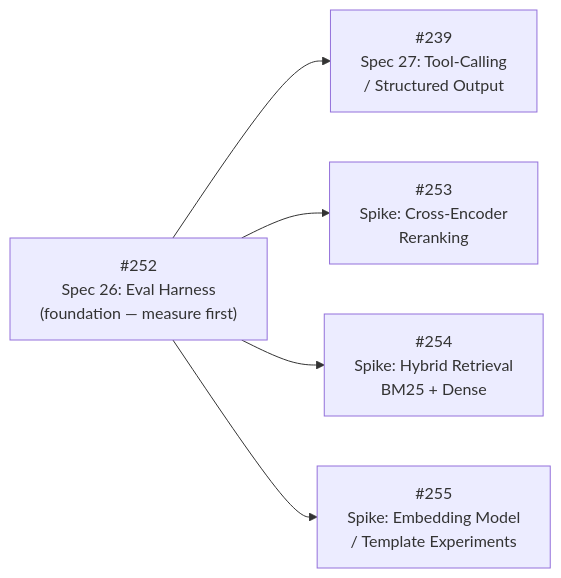
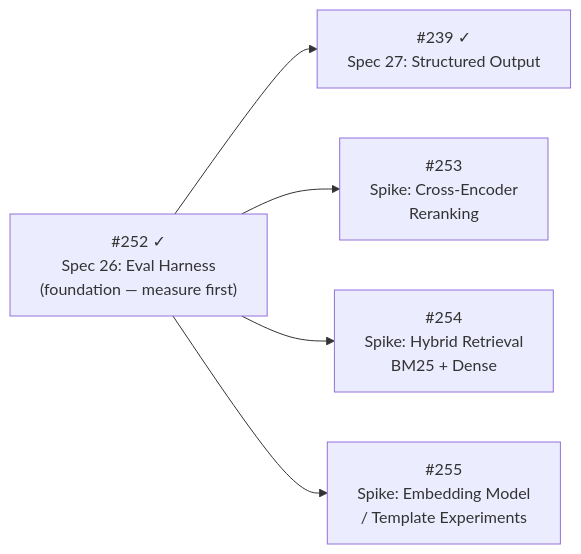
One commit to PCritchfield/ai-movie-suggester changed the fifth of 5 diagrams in ARCHITECTURE.md. Above: the diagram before and after it, drawn with Mermaid. The commit also changed other lines of this file and 1 other file, not shown here.

Commit message:
docs(architecture): mark Epic 5 eval harness + structured output shipped (#275)
* docs(architecture): mark Epic 5 eval harness + structured output shipped

Epic 5 roadmap row was still "Planned — Next" while listing #252/#239 as
pending. Both have shipped (Spec 26 eval harness #252; Spec 27 structured-output
chat #239), so:
- Epic 5 status → "In Progress"; annotate #252/#239 as done, add follow-up #268.
- Drop the superseded "Tool-Calling" framing from the #239 node (shipped as
  Ollama structured output per the SDD-1 watch-granny ruling).
- Mark #252/#239 done (✓) in the Epic 5 dependency diagram.

* style(frontend): apply prettier formatting to next.config.ts

Collapse a wrapped statement to a single line (prettier). No behavior change.

---------

````diff
--- a/ARCHITECTURE.md
+++ b/ARCHITECTURE.md
@@ -282,13 +282,13 @@
 ```mermaid
 flowchart LR
-    I252["#252<br/>Spec 26: Eval Harness<br/>(foundation — measure first)"]
-    I239["#239<br/>Spec 27: Tool-Calling<br/>/ Structured Output"]
+    I252["#252 ✓<br/>Spec 26: Eval Harness<br/>(foundation — measure first)"]
+    I239["#239 ✓<br/>Spec 27: Structured Output"]
     I253["#253<br/>Spike: Cross-Encoder<br/>Reranking"]
     I254["#254<br/>Spike: Hybrid Retrieval<br/>BM25 + Dense"]
     I255["#255<br/>Spike: Embedding Model<br/>/ Template Experiments"]
 
     I252 --> I239
     I252 --> I253
     I252 --> I254
     I252 --> I255
 ```
````
